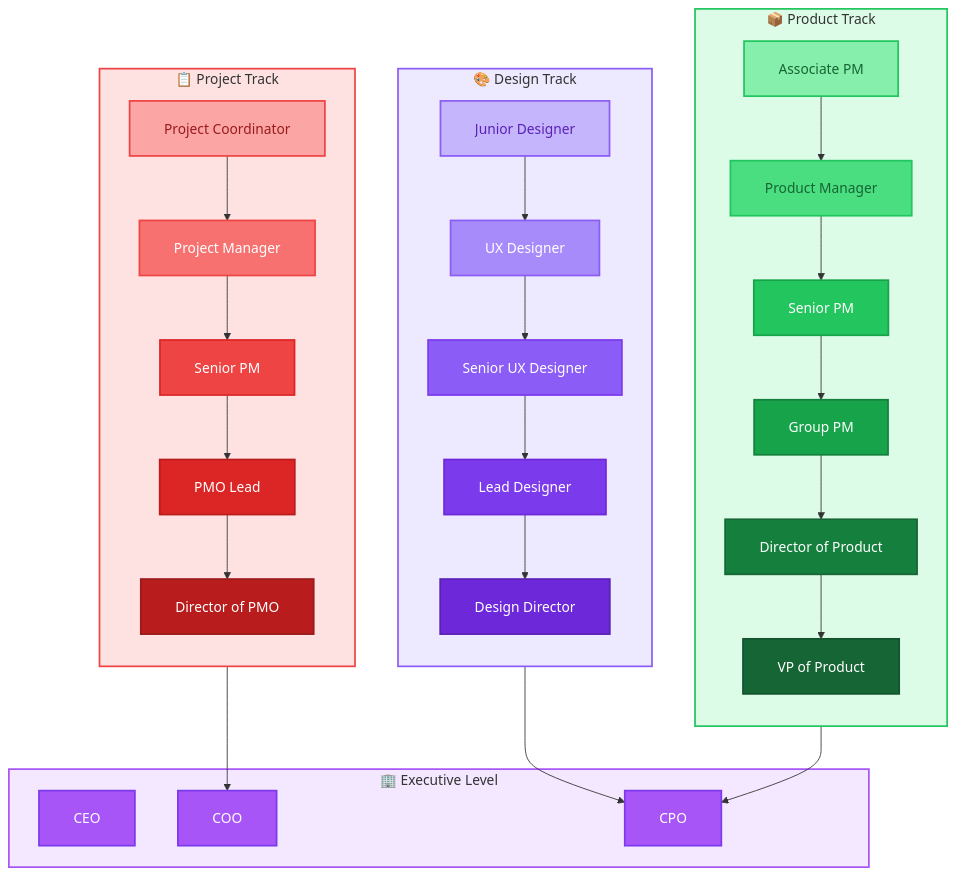
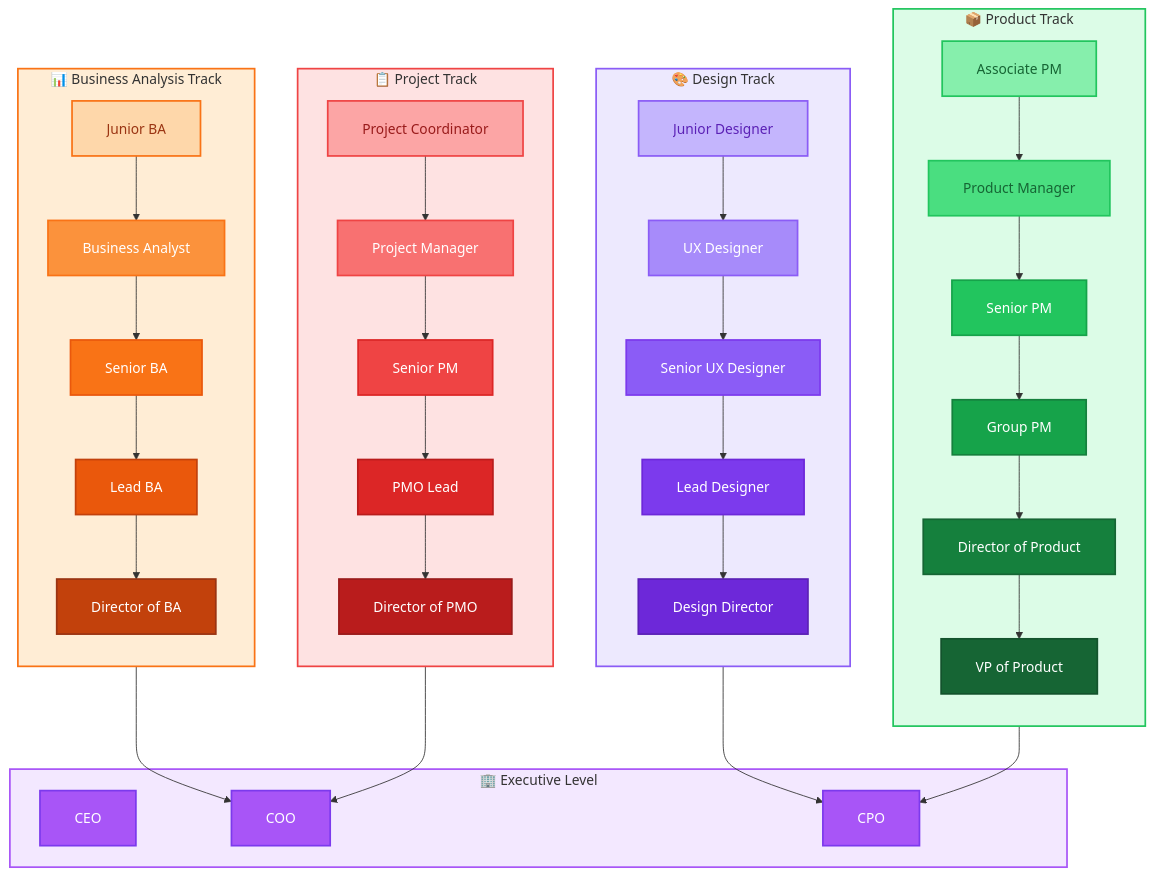
The first of 4 diagrams in 02-business-roles.md (abdulrhmansouda/software-engineer-fundamental), drawn with Mermaid before and after one commit. The commit also changed other lines of this file, not shown here.

Commit message:
feat: add Business Analyst track to career progression and update collaboration diagram to include BA roles.

````diff
--- a/02-business-roles.md
+++ b/02-business-roles.md
@@ -51,9 +51,21 @@
         JD --> UXD --> SUD --> LD --> DD
     end
     
+    subgraph Analysis ["📊 Business Analysis Track"]
+        direction TB
+        JBA["Junior BA"]
+        BA["Business Analyst"]
+        SBA["Senior BA"]
+        LBA["Lead BA"]
+        DBA["Director of BA"]
+        
+        JBA --> BA --> SBA --> LBA --> DBA
+    end
+    
     VPP --> CPO
     DPj --> COO
     DD --> CPO
+    DBA --> COO
 
     style CEO fill:#a855f7,stroke:#7c3aed,stroke-width:2px,color:#fff
     style COO fill:#a855f7,stroke:#7c3aed,stroke-width:2px,color:#fff
@@ -78,8 +90,15 @@
     style LD fill:#7c3aed,stroke:#6d28d9,stroke-width:2px,color:#fff
     style DD fill:#6d28d9,stroke:#5b21b6,stroke-width:2px,color:#fff
     
+    style JBA fill:#fed7aa,stroke:#f97316,stroke-width:2px,color:#9a3412
+    style BA fill:#fb923c,stroke:#f97316,stroke-width:2px,color:#fff
+    style SBA fill:#f97316,stroke:#ea580c,stroke-width:2px,color:#fff
+    style LBA fill:#ea580c,stroke:#c2410c,stroke-width:2px,color:#fff
+    style DBA fill:#c2410c,stroke:#9a3412,stroke-width:2px,color:#fff
+    
     style Exec fill:#f3e8ff,stroke:#a855f7,stroke-width:2px
     style Product fill:#dcfce7,stroke:#22c55e,stroke-width:2px
     style Project fill:#fee2e2,stroke:#ef4444,stroke-width:2px
     style Design fill:#ede9fe,stroke:#8b5cf6,stroke-width:2px
+    style Analysis fill:#ffedd5,stroke:#f97316,stroke-width:2px
 ```
````
